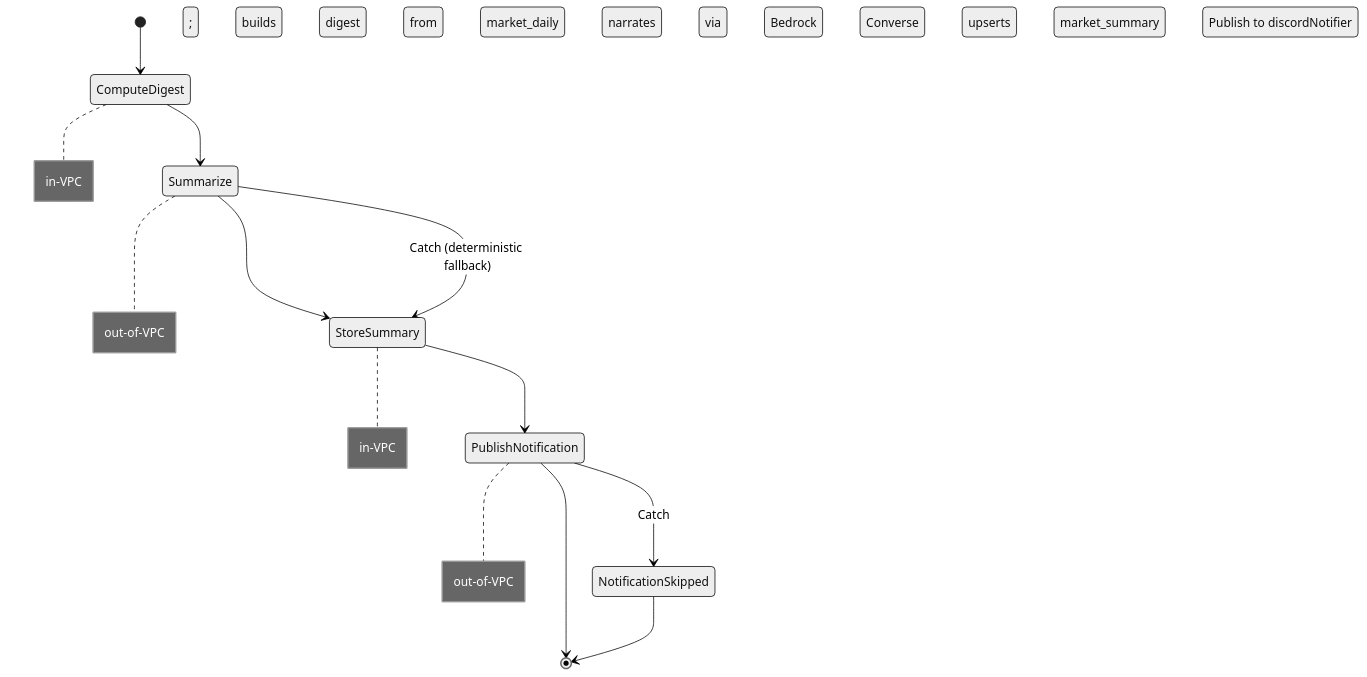
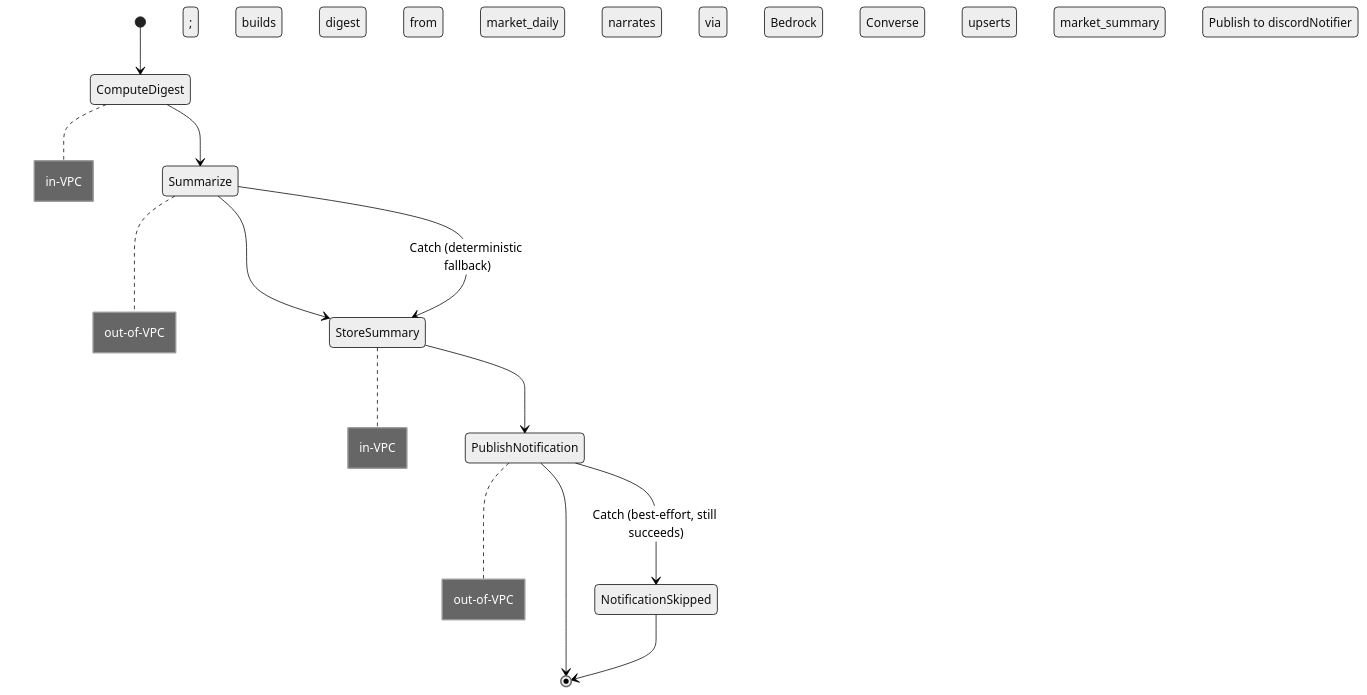
Before and after one commit to RyanYCT/bdo-market-insights: the third of 3 diagrams in docs/architecture.md, drawn with Mermaid (neutral theme). The commit also changed other lines of this file, not shown here.

Commit message:
docs: fold notification-catch detail inline; drop prose that repeated the chart

````diff
--- a/docs/architecture.md
+++ b/docs/architecture.md
@@ -87,16 +87,16 @@
 ```mermaid
 stateDiagram-v2
     [*] --> ComputeDigest
     ComputeDigest --> Summarize
     Summarize --> StoreSummary
     Summarize --> StoreSummary : Catch (deterministic fallback)
     StoreSummary --> PublishNotification
     PublishNotification --> [*]
-    PublishNotification --> NotificationSkipped : Catch
+    PublishNotification --> NotificationSkipped : Catch (best-effort, still succeeds)
     NotificationSkipped --> [*]
 
     note right of ComputeDigest : in-VPC; builds digest from market_daily
     note right of Summarize : out-of-VPC; narrates via Bedrock Converse
     note right of StoreSummary : in-VPC; upserts market_summary
     note right of PublishNotification : out-of-VPC; SNS:Publish to discordNotifier
 ```
````
